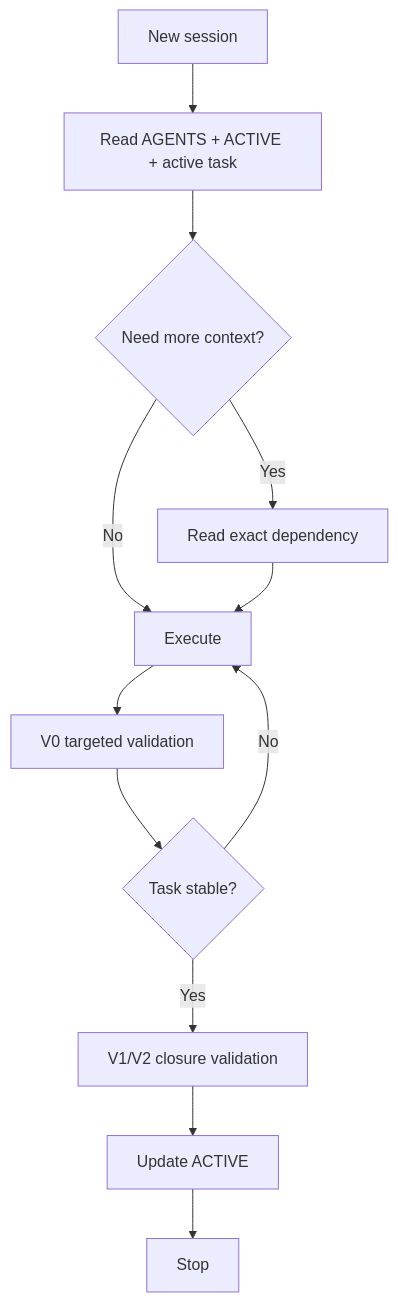
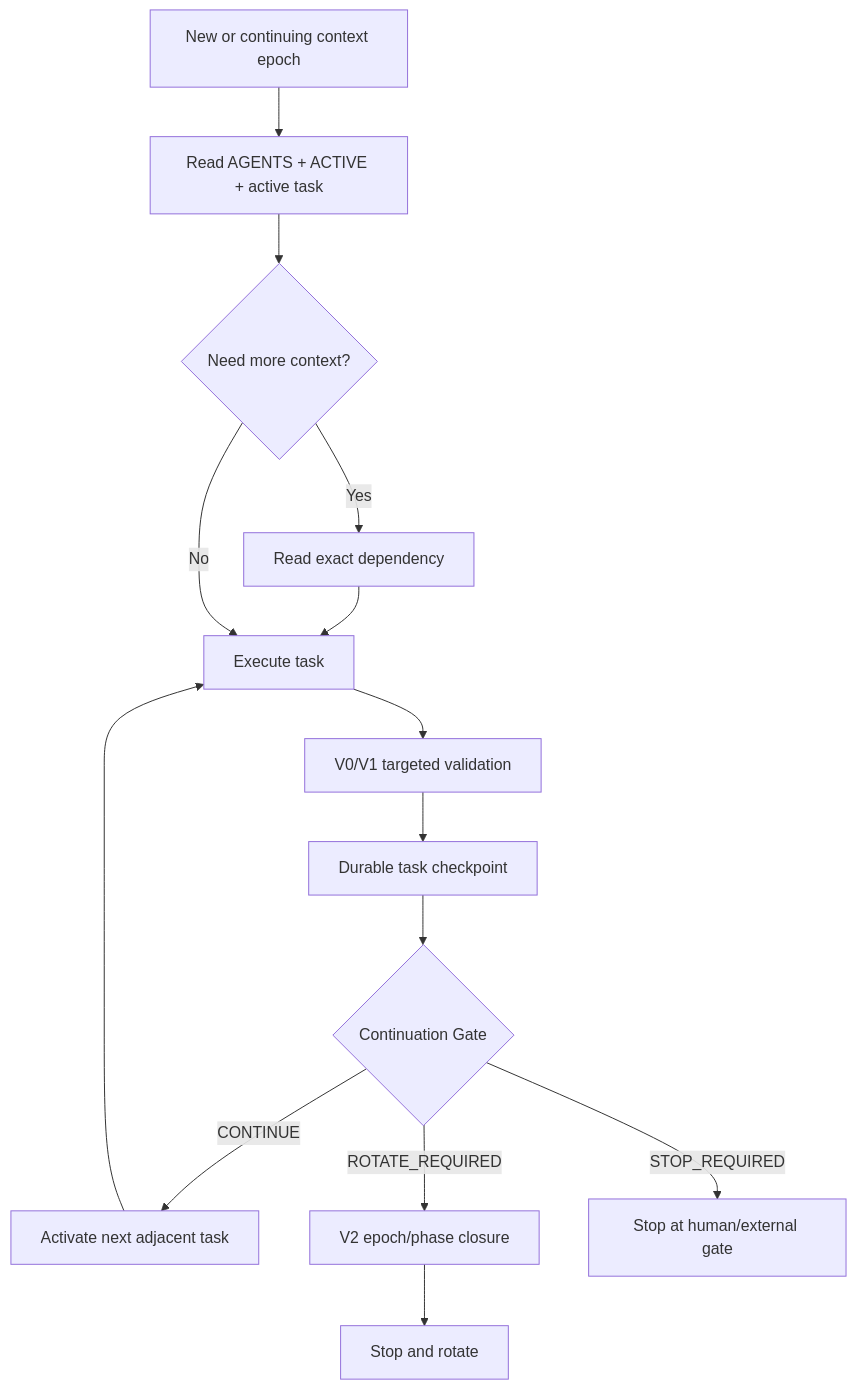
The diagram in docs/session-lifecycle.md (hanklin9188/repository-state-agent-workflow), drawn with Mermaid before and after one commit. The commit also changed other lines of this file and 66 other files, not shown here.

````diff
--- a/docs/session-lifecycle.md
+++ b/docs/session-lifecycle.md
@@ -3,14 +5,23 @@
 ```mermaid
 flowchart TD
-    N[New session] --> R[Read AGENTS + ACTIVE + active task]
-    R --> Q{Need more context?}
-    Q -->|Yes| D[Read exact dependency]
-    Q -->|No| X[Execute]
-    D --> X
-    X --> V0[V0 targeted validation]
-    V0 --> C{Task stable?}
-    C -->|No| X
-    C -->|Yes| V2[V1/V2 closure validation]
-    V2 --> U[Update ACTIVE]
-    U --> S[Stop]
+    N[New or continuing context epoch]
+    R[Read AGENTS + ACTIVE + active task]
+    Q{Need more context?}
+    D[Read exact dependency]
+    X[Execute task]
+    V0[V0/V1 targeted validation]
+    K[Durable task checkpoint]
+    G{Continuation Gate}
+    C[Activate next adjacent task]
+    V2[V2 epoch/phase closure]
+    S[Stop and rotate]
+    H[Stop at human/external gate]
+
+    N --> R --> Q
+    Q -->|Yes| D --> X
+    Q -->|No| X
+    X --> V0 --> K --> G
+    G -->|CONTINUE| C --> X
+    G -->|ROTATE_REQUIRED| V2 --> S
+    G -->|STOP_REQUIRED| H
 ```
````
